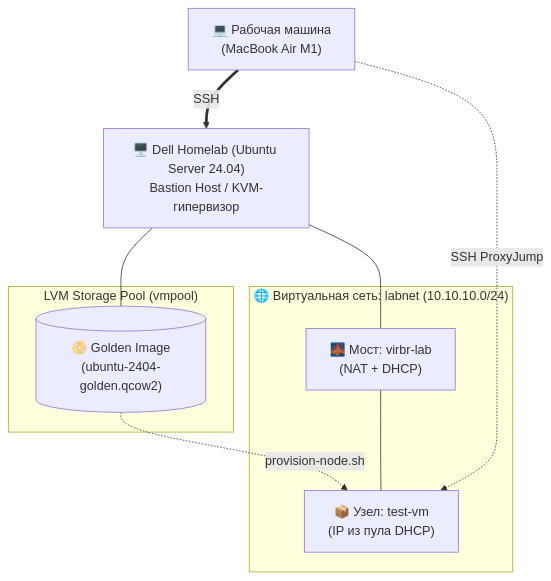
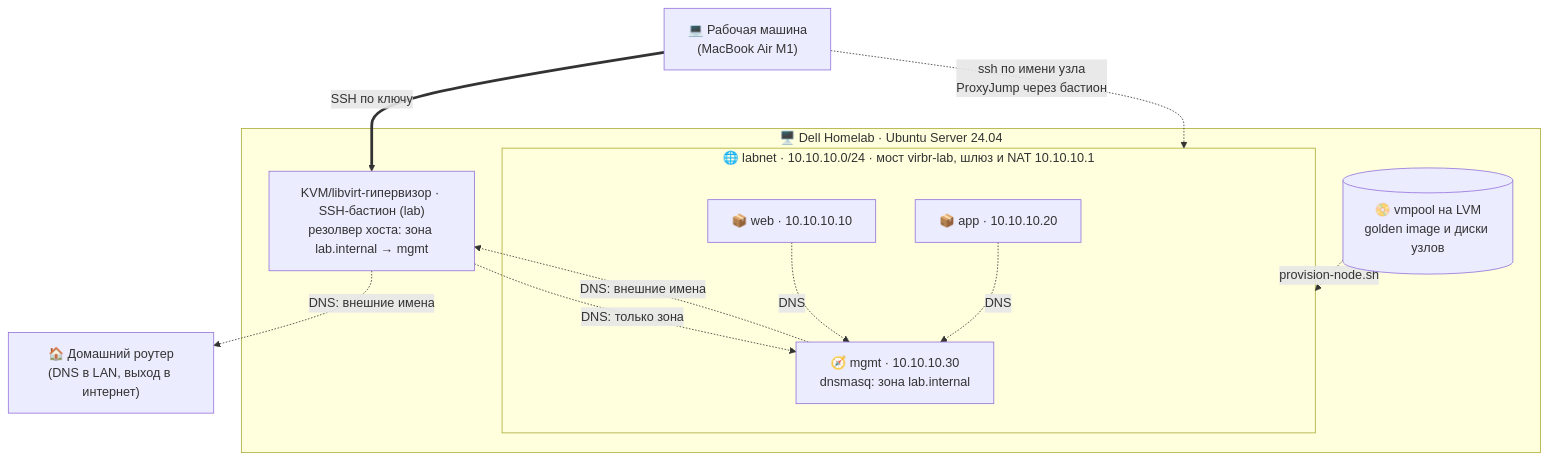
One commit to ArtemKravets/infra_foundation changed the diagram in README.md. Above: the diagram before and after it, drawn with Mermaid. The commit also changed other lines of this file and 2 other files, not shown here.

First line of the commit message:
docs: README описывает готовый парк — схема, доступ, проверка, грабли

````diff
--- a/README.md
+++ b/README.md
@@ -32,25 +52,25 @@
 ```mermaid
 flowchart TD
-    %% Определение узлов и стилей
     Client["💻 Рабочая машина<br>(MacBook Air M1)"]
-    HostOS["🖥️ Dell Homelab (Ubuntu Server 24.04)<br>Bastion Host / KVM-гипервизор"]
+    Router["🏠 Домашний роутер<br>(DNS в LAN, выход в интернет)"]
 
-    subgraph Storage ["LVM Storage Pool (vmpool)"]
-        GoldenImage[("📀 Golden Image<br>(ubuntu-2404-golden.qcow2)")]
+    subgraph Dell ["🖥️ Dell Homelab · Ubuntu Server 24.04"]
+        Host["KVM/libvirt-гипервизор · SSH-бастион (lab)<br>резолвер хоста: зона lab.internal → mgmt"]
+        Pool[("📀 vmpool на LVM<br>golden image и диски узлов")]
+
+        subgraph Labnet ["🌐 labnet · 10.10.10.0/24 · мост virbr-lab, шлюз и NAT 10.10.10.1"]
+            MGMT["🧭 mgmt · 10.10.10.30<br>dnsmasq: зона lab.internal"]
+            WEB["📦 web · 10.10.10.10"]
+            APP["📦 app · 10.10.10.20"]
+        end
     end
 
-    subgraph Network ["🌐 Виртуальная сеть: labnet (10.10.10.0/24)"]
-        Bridge["🌉 Мост: virbr-lab<br>(NAT + DHCP)"]
-        VM1["📦 Узел: test-vm<br>(IP из пула DHCP)"]
-    end
-
-    %% Внутренние связи инфраструктуры
-    HostOS --- GoldenImage
-    HostOS --- Bridge
-    GoldenImage -. "provision-node.sh" .-> VM1
-    Bridge --- VM1
-
-    %% Внешние связи и доступы
-    Client == "SSH" ==> HostOS
-    Client -. "SSH ProxyJump" .-> VM1
+    Client == "SSH по ключу" ==> Host
+    Client -. "ssh по имени узла<br>ProxyJump через бастион" .-> Labnet
+    Pool -. "provision-node.sh" .-> Labnet
+    WEB -. "DNS" .-> MGMT
+    APP -. "DNS" .-> MGMT
+    Host -. "DNS: только зона" .-> MGMT
+    MGMT -. "DNS: внешние имена" .-> Host
+    Host -. "DNS: внешние имена" .-> Router
 ```
````
